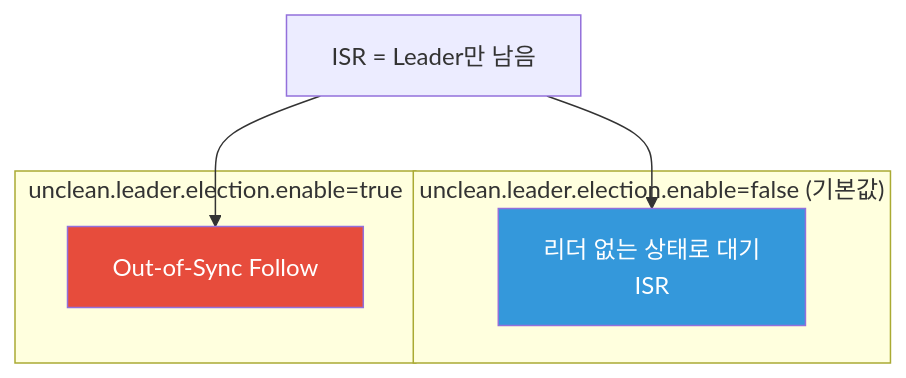
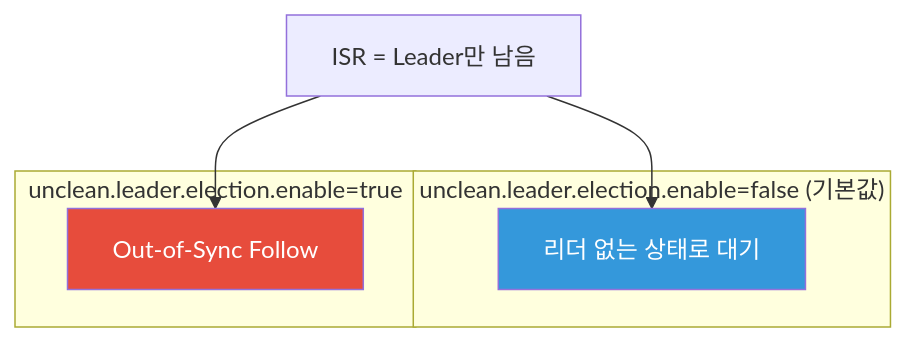
Before and after one commit to yjkim2015/yjkim2015.github.io: the seventh of 8 diagrams in _posts/kafka/2026-05-01-kafka-replication.md, drawn with Mermaid. The commit also changed other lines of this file and 217 other files, not shown here.

First line of the commit message:
Mermaid 크기 수정: useMaxWidth:true + SVG max-width:100% + 라벨 축소

````diff
--- a/_posts/kafka/2026-05-01-kafka-replication.md
+++ b/_posts/kafka/2026-05-01-kafka-replication.md
@@ -233,14 +233,14 @@
 ```mermaid
 flowchart TD
-    CRISIS["ISR = Leader만 남음\n"]
+    CRISIS["ISR = Leader만 남음"]
     subgraph "unclean.leader.election.enable=false (기본값)"
-        F1["리더 없는 상태로 대기\nISR"]
+        F1["리더 없는 상태로 대기"]
     end
     subgraph "unclean.leader.election.enable=true"
         F2["Out-of-Sync Follow"]
     end
     CRISIS --> F1
     CRISIS --> F2
     style F1 fill:#3498db,color:#fff
     style F2 fill:#e74c3c,color:#fff
 ```
````
